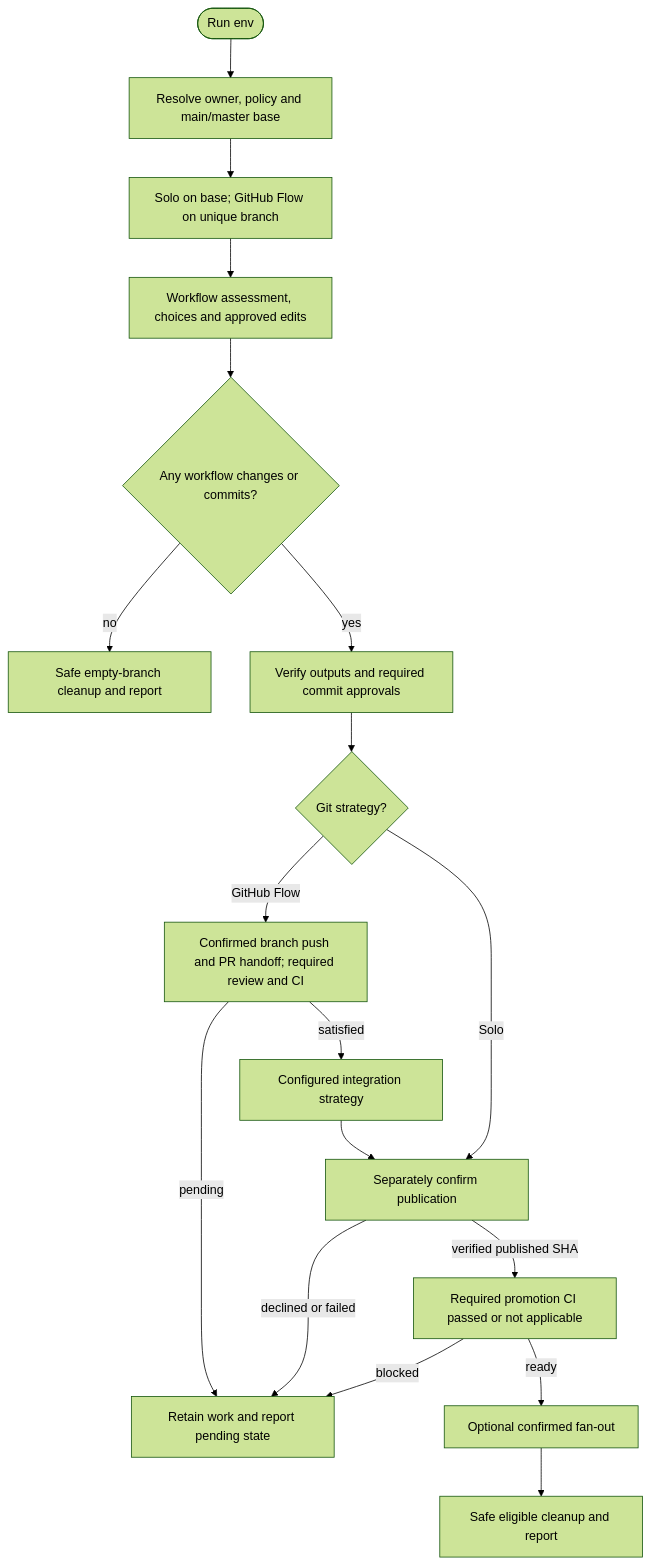
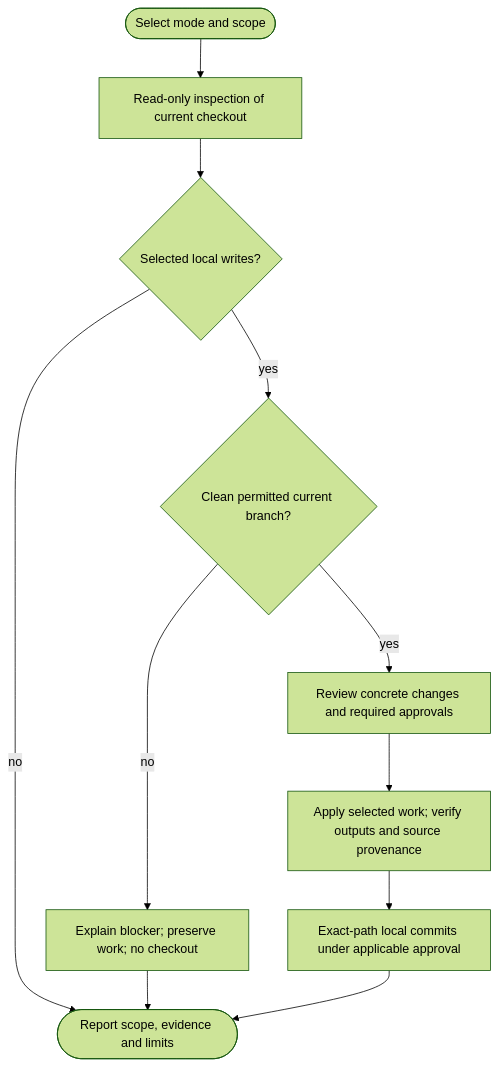
One commit to myowinthein/agent-helm changed the diagram in docs/commands/env.md. Above: the diagram before and after it, drawn with Mermaid (forest theme). The commit also changed other lines of this file and 101 other files, not shown here.

````diff
--- a/docs/commands/env.md
+++ b/docs/commands/env.md
@@ -15,20 +23,13 @@
 ```mermaid
 flowchart TD
-  Start([Run env]) --> Prepare[Resolve owner, policy and main/master base]
-  Prepare --> Branch[Solo on base; GitHub Flow on unique branch]
-  Branch --> Work[Workflow assessment, choices and approved edits]
-  Work --> Changed{Any workflow changes or commits?}
-  Changed -->|no| Noop[Safe empty-branch cleanup and report]
-  Changed -->|yes| Verify[Verify outputs and required commit approvals]
-  Verify --> Mode{Git strategy?}
-  Mode -->|GitHub Flow| Review[Confirmed branch push and PR handoff; required review and CI]
-  Review -->|pending| Pending[Retain work and report pending state]
-  Review -->|satisfied| Merge[Configured integration strategy]
-  Mode -->|Solo| Push
-  Merge --> Push[Separately confirm publication]
-  Push -->|declined or failed| Pending
-  Push -->|verified published SHA| CI[Required promotion CI passed or not applicable]
-  CI -->|blocked| Pending
-  CI -->|ready| Promote[Optional confirmed fan-out]
-  Promote --> Cleanup[Safe eligible cleanup and report]
+  Start([Select mode and scope]) --> Inspect[Read-only inspection of current checkout]
+  Inspect --> Write{Selected local writes?}
+  Write -->|no| Report([Report scope, evidence and limits])
+  Write -->|yes| Ready{Clean permitted current branch?}
+  Ready -->|no| Block[Explain blocker; preserve work; no checkout]
+  Block --> Report
+  Ready -->|yes| Review[Review concrete changes and required approvals]
+  Review --> Apply[Apply selected work; verify outputs and source provenance]
+  Apply --> Commit[Exact-path local commits under applicable approval]
+  Commit --> Report
 ```
````
